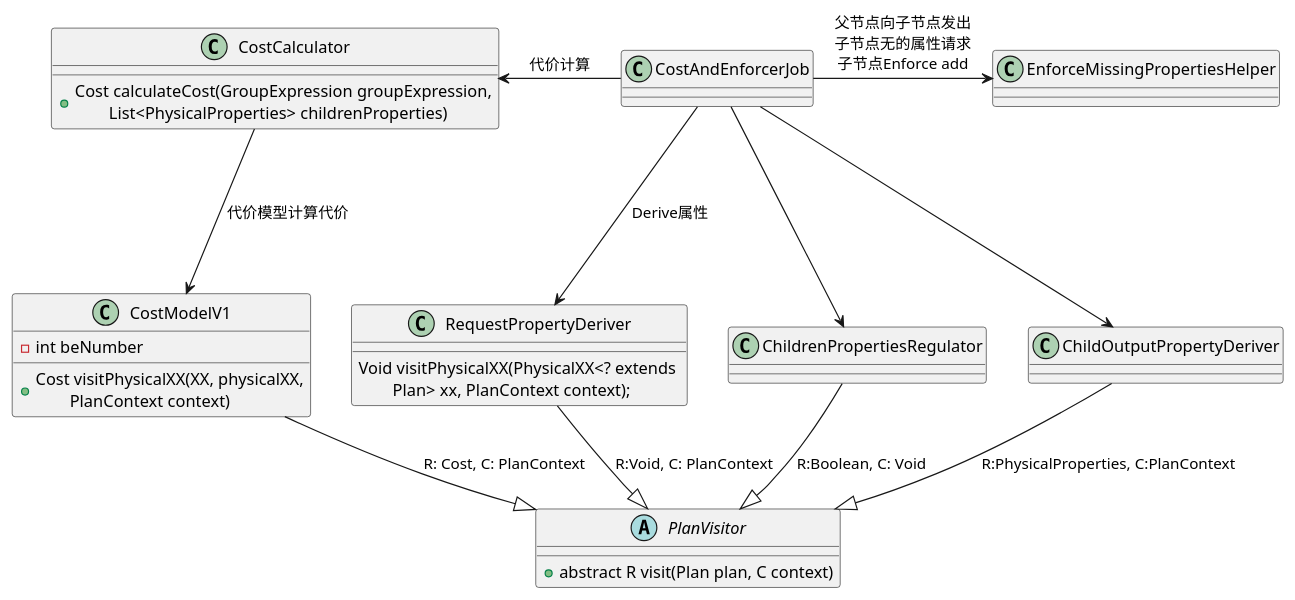
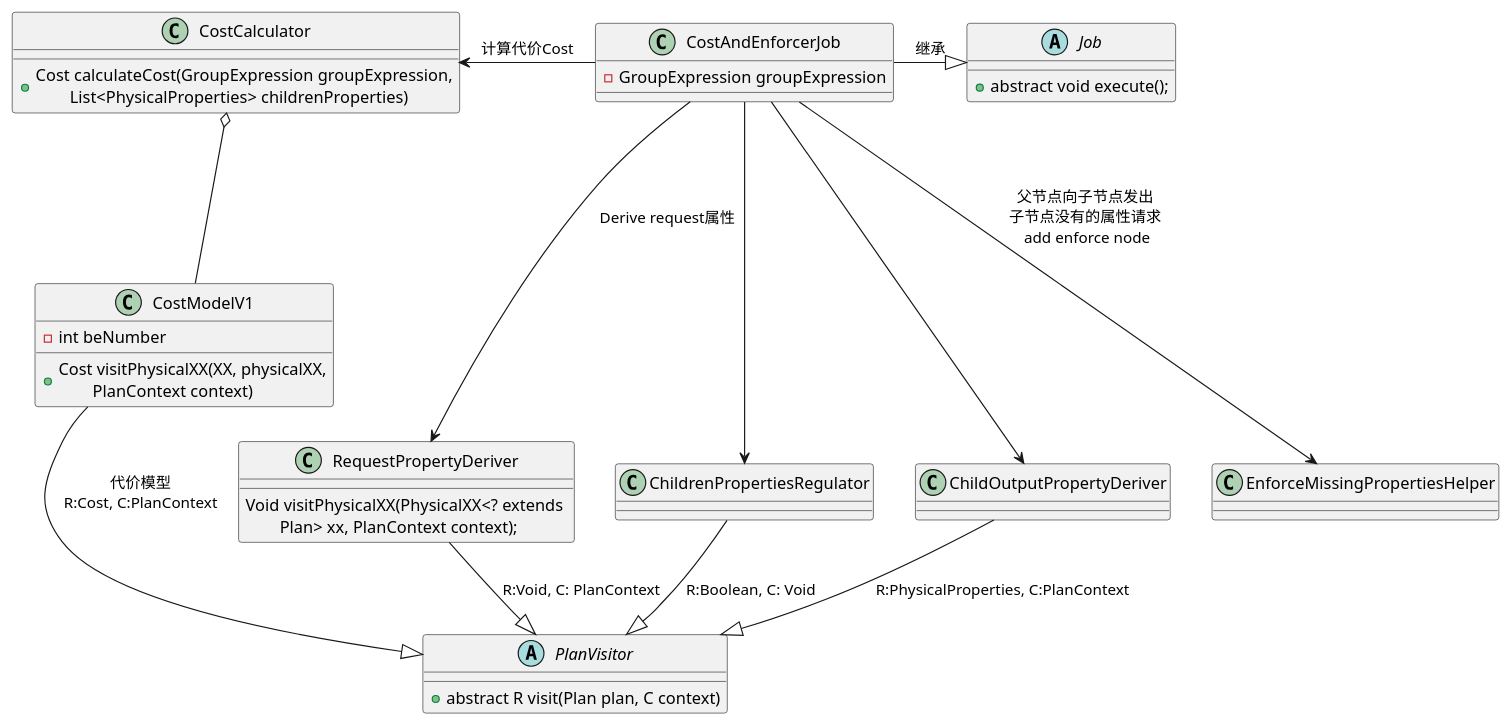
The sixth of 7 diagrams in doc/DB/Doris/SourceRead/02_00_Optimize.md (DepInjoy/geektime), drawn with PlantUML before and after one commit. The commit also changed other lines of this file, not shown here.

Commit message:
Doris Optimize Group

````diff
--- a/doc/DB/Doris/SourceRead/02_00_Optimize.md
+++ b/doc/DB/Doris/SourceRead/02_00_Optimize.md
@@ -475,38 +552,44 @@
 ```plantuml
 @startuml
 class CostAndEnforcerJob {
-    
+    - GroupExpression groupExpression
+}
+
+abstract class Job {
+    + abstract void execute();
 }
 
 class CostCalculator {
     + Cost calculateCost(GroupExpression groupExpression,\n\tList<PhysicalProperties> childrenProperties)
-}
-
-abstract class PlanVisitor {
-    + abstract R visit(Plan plan, C context)
 }
 
 class CostModelV1 {
     - int beNumber
     + Cost visitPhysicalXX(XX, physicalXX,\n\tPlanContext context)
 }
 
+abstract class PlanVisitor {
+    + abstract R visit(Plan plan, C context)
+}
+
 class RequestPropertyDeriver {
     Void visitPhysicalXX(PhysicalXX<? extends \n\tPlan> xx, PlanContext context);
 }
 
-CostAndEnforcerJob -down--> RequestPropertyDeriver : Derive属性
+CostAndEnforcerJob -right-|> Job : 继承
+
+CostAndEnforcerJob -left--> CostCalculator : 计算代价Cost
+CostAndEnforcerJob -down--> RequestPropertyDeriver : Derive request属性
 CostAndEnforcerJob -down--> ChildrenPropertiesRegulator
 CostAndEnforcerJob -down--> ChildOutputPropertyDeriver
-CostAndEnforcerJob -left--> CostCalculator : 代价计算
+CostAndEnforcerJob ---> EnforceMissingPropertiesHelper : 父节点向子节点发出\n子节点没有的属性请求\n add enforce node
 
-CostCalculator -down--> CostModelV1 : 代价模型计算代价
-CostModelV1 -down-|> PlanVisitor : R: Cost, C: PlanContext
-
-RequestPropertyDeriver -down-|> PlanVisitor : R:Void, C: PlanContext
 ChildOutputPropertyDeriver -down-|> PlanVisitor : R:PhysicalProperties, C:PlanContext
 ChildrenPropertiesRegulator-down-|> PlanVisitor : R:Boolean, C: Void
 
-CostAndEnforcerJob -right--> EnforceMissingPropertiesHelper :父节点向子节点发出\n子节点无的属性请求\n子节点Enforce add
+CostModelV1 -up-o CostCalculator
+CostModelV1 -down-|> PlanVisitor : 代价模型\nR:Cost, C:PlanContext
+
+RequestPropertyDeriver -down-|> PlanVisitor : R:Void, C: PlanContext
 @enduml
 ```
````
